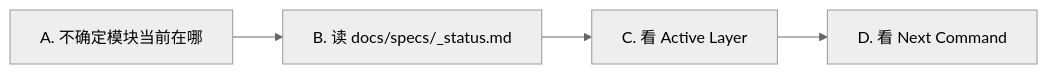
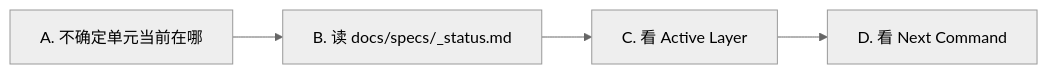
Before and after one commit to mfblog/specflow: the fifth of 7 diagrams in README.zh-CN.md, drawn with Mermaid (neutral theme). The commit also changed other lines of this file and 3 other files, not shown here.

````diff
--- a/README.zh-CN.md
+++ b/README.zh-CN.md
@@ -436,6 +436,6 @@
 ```mermaid
 flowchart LR
-    A["A. 不确定模块当前在哪"] --> B["B. 读 docs/specs/_status.md"]
+    A["A. 不确定单元当前在哪"] --> B["B. 读 docs/specs/_status.md"]
     B --> C["C. 看 Active Layer"]
     C --> D["D. 看 Next Command"]
 ```
````
